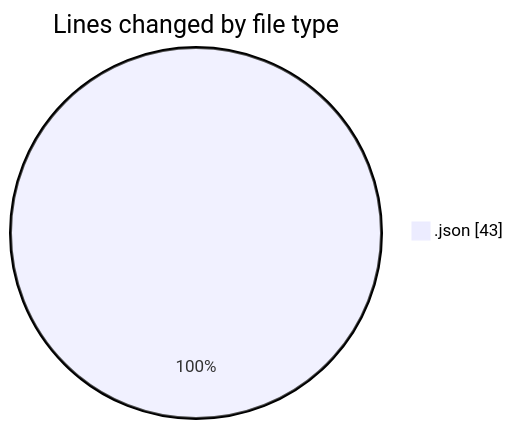
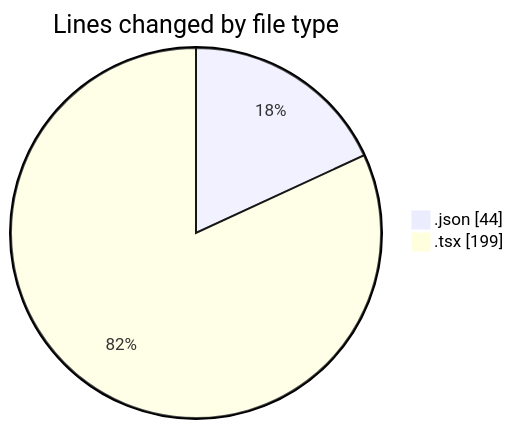
One commit to robertbonfada/code-tracking changed the first of 2 diagrams in 2025-03-18/peregrino-web/README.md. Above: the diagram before and after it, drawn with Mermaid. The commit also changed other lines of this file and 1 other file, not shown here.

````diff
--- a/2025-03-18/peregrino-web/README.md
+++ b/2025-03-18/peregrino-web/README.md
@@ -20,5 +21,6 @@
 ```mermaid
 pie showData
 title Lines changed by file type
-".json" : 43
+".json" : 44
+".tsx" : 199
 ```
````
